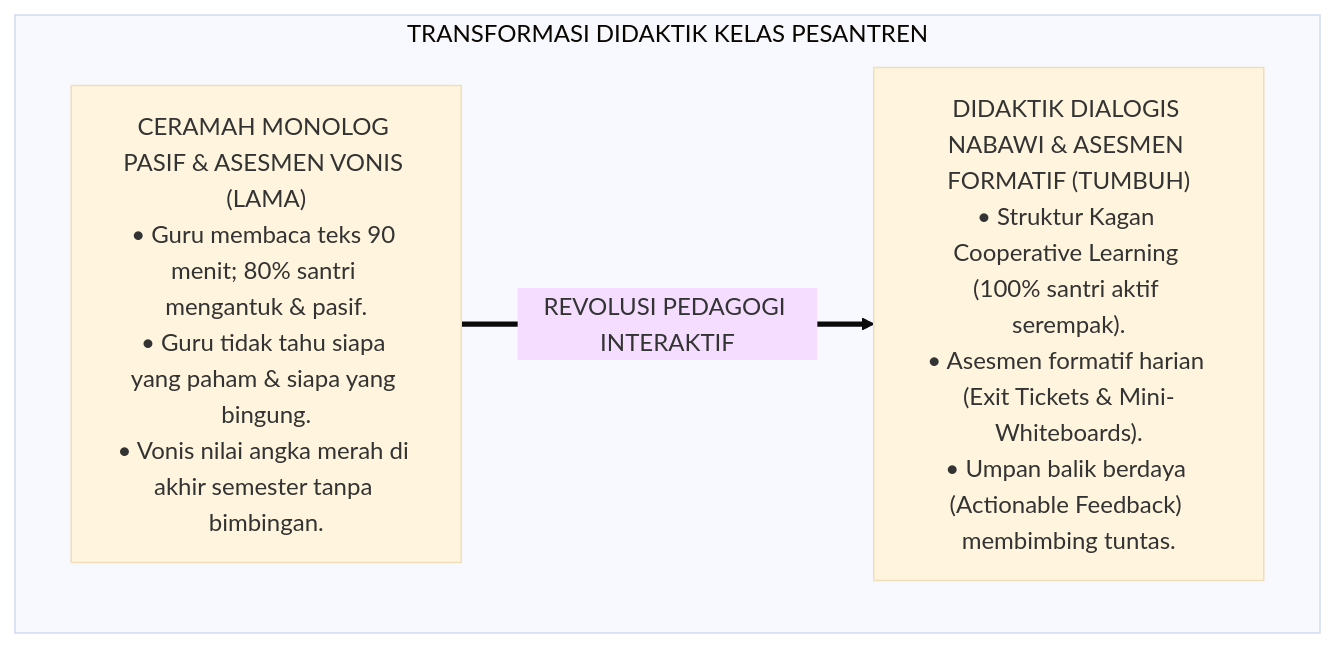
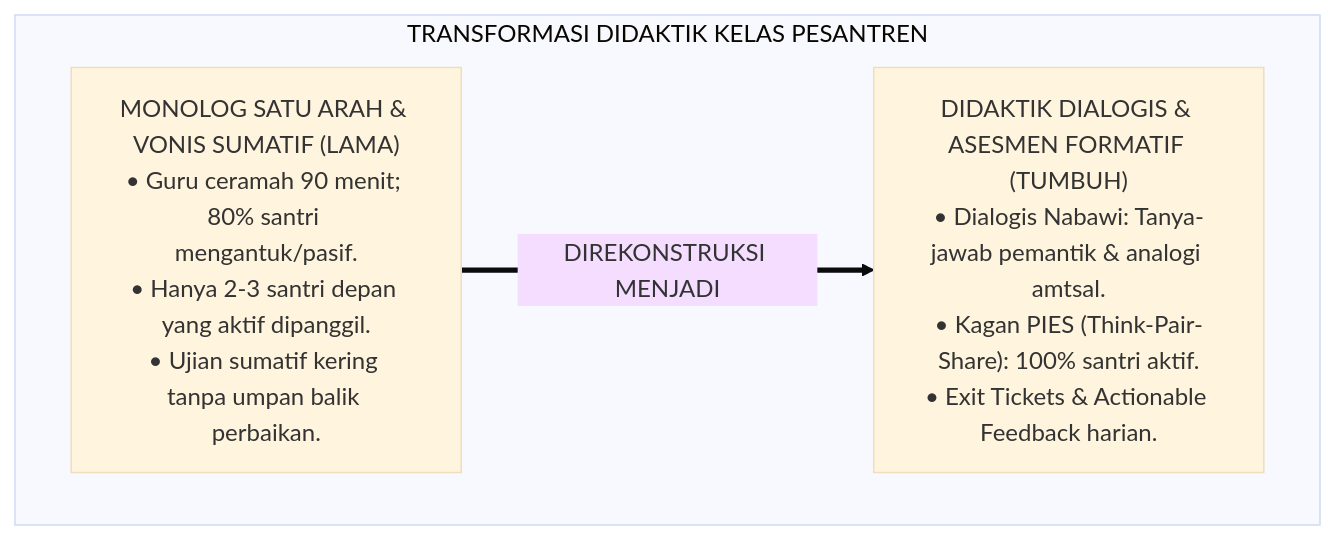
Before and after one commit to wandiapriliyandi/tumbuh: the first of 2 diagrams in 02 Principles/03 Learning Principles/P2-03-04-Prinsip-Didaktik-Interaktif-dan-Asesmen-Formatif.md, drawn with Mermaid (base theme). The commit also changed other lines of this file and 6 other files, not shown here.

````diff
--- a/02 Principles/03 Learning Principles/P2-03-04-Prinsip-Didaktik-Interaktif-dan-Asesmen-Formatif.md
+++ b/02 Principles/03 Learning Principles/P2-03-04-Prinsip-Didaktik-Interaktif-dan-Asesmen-Formatif.md
@@ -59,10 +56,10 @@
 ```mermaid
 flowchart TD
-    subgraph TransformasiDidaktikKelas["TRANSFORMASI DIDAKTIK KELAS PESANTREN"]
-        MonologKering["CERAMAH MONOLOG PASIF & ASESMEN VONIS (LAMA)<br/>• Guru membaca teks 90 menit; 80% santri mengantuk & pasif.<br/>• Guru tidak tahu siapa yang paham & siapa yang bingung.<br/>• Vonis nilai angka merah di akhir semester tanpa bimbingan."]
+    subgraph TransformasiDidaktikInteraktif["TRANSFORMASI DIDAKTIK KELAS PESANTREN"]
+        PolaMonologLama["MONOLOG SATU ARAH & VONIS SUMATIF (LAMA)<br/>• Guru ceramah 90 menit; 80% santri mengantuk/pasif.<br/>• Hanya 2-3 santri depan yang aktif dipanggil.<br/>• Ujian sumatif kering tanpa umpan balik perbaikan."]
         
-        InteraktifTUMBUH["DIDAKTIK DIALOGIS NABAWI & ASESMEN FORMATIF (TUMBUH)<br/>• Struktur Kagan Cooperative Learning (100% santri aktif serempak).<br/>• Asesmen formatif harian (Exit Tickets & Mini-Whiteboards).<br/>• Umpan balik berdaya (Actionable Feedback) membimbing tuntas."]
+        PolaInteraktifTUMBUH["DIDAKTIK DIALOGIS & ASESMEN FORMATIF (TUMBUH)<br/>• Dialogis Nabawi: Tanya-jawab pemantik & analogi amtsal.<br/>• Kagan PIES (Think-Pair-Share): 100% santri aktif.<br/>• Exit Tickets & Actionable Feedback harian."]
         
-        MonologKering ==>|REVOLUSI PEDAGOGI INTERAKTIF| InteraktifTUMBUH
+        PolaMonologLama ==>|DIREKONSTRUKSI MENJADI| PolaInteraktifTUMBUH
     end
 ```
````
